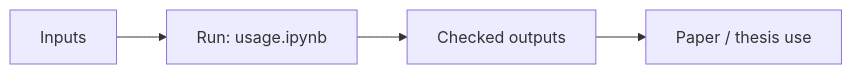
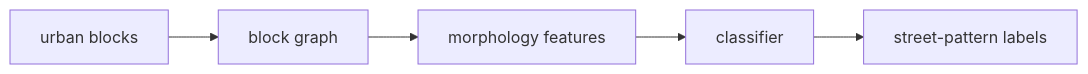
One commit to GeorgeKontsevik/street-pattern-classifier changed the diagram in README.md. Above: the diagram before and after it, drawn with Mermaid. The commit also changed other lines of this file and 2 other files, not shown here.

Commit message:
Improve README diagrams and project descriptions

````diff
--- a/README.md
+++ b/README.md
@@ -7,6 +7,7 @@
 ```mermaid
 flowchart LR
-    A[Inputs] --> B[Run: usage.ipynb]
-    B --> C[Checked outputs]
-    C --> D[Paper / thesis use]
+    BLOCKS[urban blocks] --> GRAPH[block graph]
+    GRAPH --> FEAT[morphology features]
+    FEAT --> MODEL[classifier]
+    MODEL --> LABELS[street-pattern labels]
 ```
````
